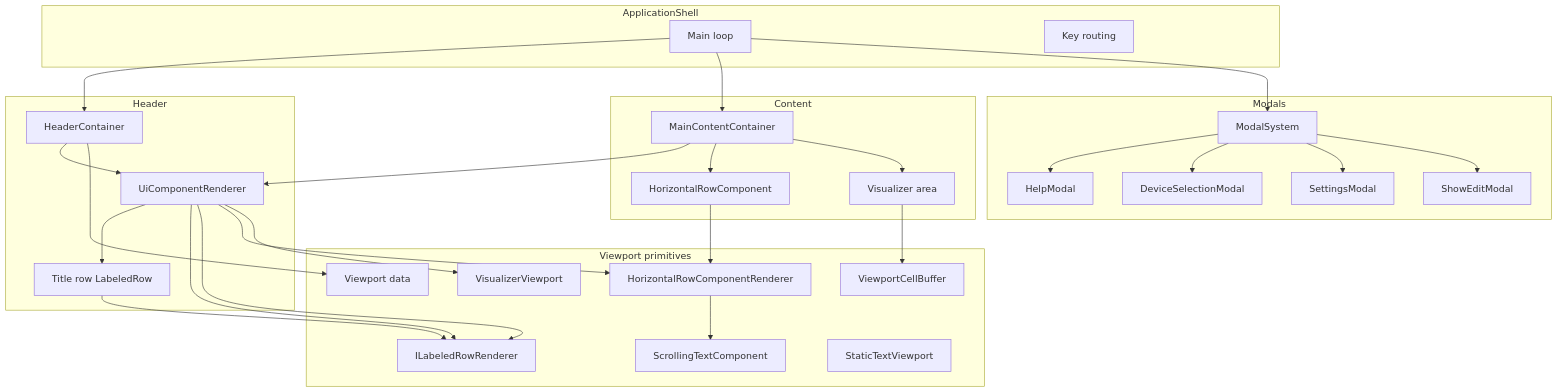
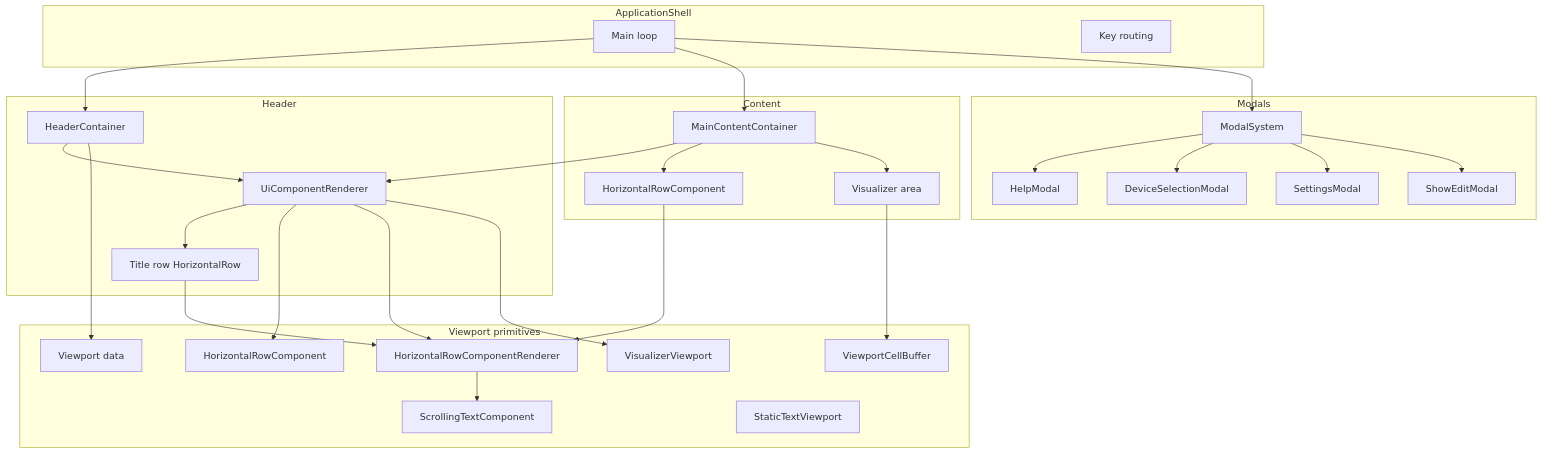
The diagram in docs/ui-components.md (CzarSibelius/AudioAnalyzer), drawn with Mermaid before and after one commit. The commit also changed other lines of this file and 19 other files, not shown here.

````diff
--- a/docs/ui-components.md
+++ b/docs/ui-components.md
@@ -90,59 +89,58 @@
 ```mermaid
 flowchart TB
   subgraph shell [ApplicationShell]
     MainLoop[Main loop]
     KeyRouter[Key routing]
   end
 
   subgraph header [Header]
     HeaderContainer[HeaderContainer]
     ComponentRenderer[UiComponentRenderer]
-    TitleRow[Title row LabeledRow]
+    TitleRow[Title row HorizontalRow]
   end
 
   subgraph modals [Modals]
     ModalSystem[ModalSystem]
     Help[HelpModal]
     Device[DeviceSelectionModal]
     Settings[SettingsModal]
     ShowEdit[ShowEditModal]
   end
 
   subgraph content [Content]
     MainContent[MainContentContainer]
     ToolbarRow[HorizontalRowComponent]
     VisualizerArea[Visualizer area]
   end
 
   subgraph primitives [Viewport primitives]
     ViewportData[Viewport data]
-    RowRenderer[ILabeledRowRenderer]
+    HorizontalRow[HorizontalRowComponent]
     ScrollingTextComp[ScrollingTextComponent]
     HorizontalRowRenderer[HorizontalRowComponentRenderer]
     StaticVP[StaticTextViewport]
     VisualizerVP[VisualizerViewport]
     CellBuffer[ViewportCellBuffer]
   end
 
   MainLoop --> HeaderContainer
   MainLoop --> MainContent
   MainLoop --> ModalSystem
   HeaderContainer --> ComponentRenderer
   HeaderContainer --> ViewportData
   ComponentRenderer --> TitleRow
-  ComponentRenderer --> RowRenderer
+  ComponentRenderer --> HorizontalRow
   ModalSystem --> Help
   ModalSystem --> Device
   ModalSystem --> Settings
   ModalSystem --> ShowEdit
   MainContent --> ComponentRenderer
   MainContent --> ToolbarRow
   MainContent --> VisualizerArea
-  ComponentRenderer --> RowRenderer
   ComponentRenderer --> HorizontalRowRenderer
   ComponentRenderer --> VisualizerVP
-  TitleRow --> RowRenderer
+  TitleRow --> HorizontalRowRenderer
   ToolbarRow --> HorizontalRowRenderer
   HorizontalRowRenderer --> ScrollingTextComp
   VisualizerArea --> CellBuffer
 ```
````
